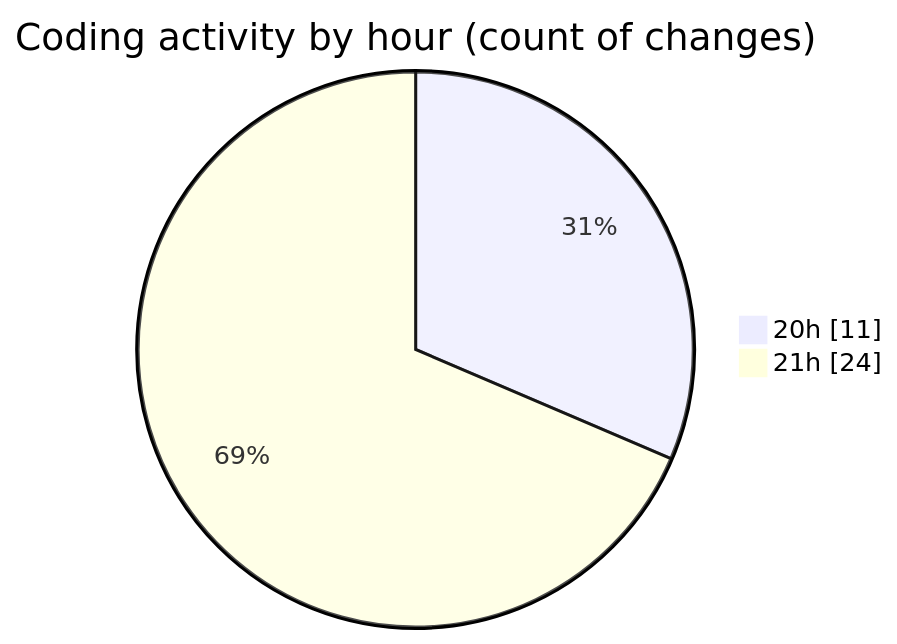
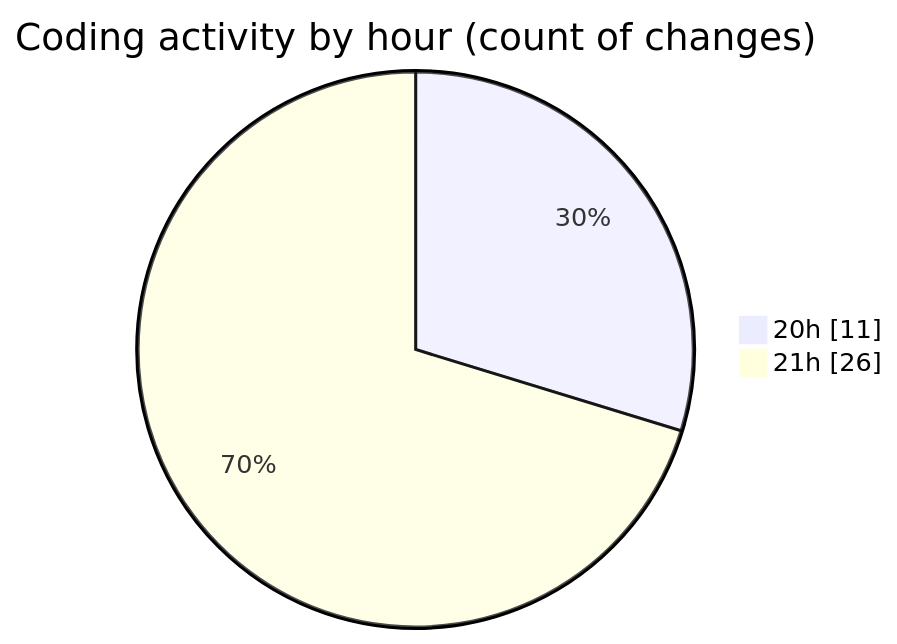
Before and after one commit to MatusMokan/code-tracking: the second of 2 diagrams in 2025-04-10/myws__workspace_/README.md, drawn with Mermaid. The commit also changed other lines of this file and 1 other file, not shown here.

````diff
--- a/2025-04-10/myws__workspace_/README.md
+++ b/2025-04-10/myws__workspace_/README.md
@@ -30,6 +30,6 @@
 ```mermaid
 pie showData
 title Coding activity by hour (count of changes)
 "20h" : 11
-"21h" : 24
+"21h" : 26
 ```
````
